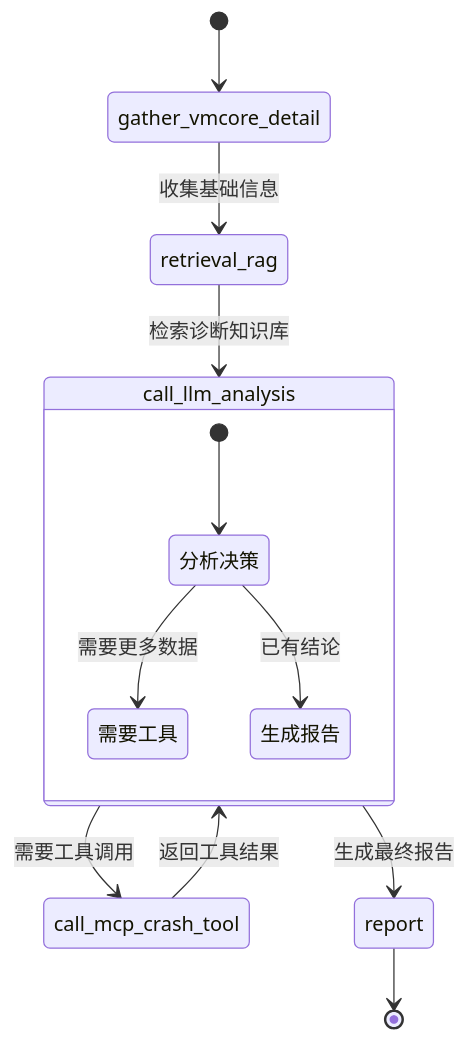
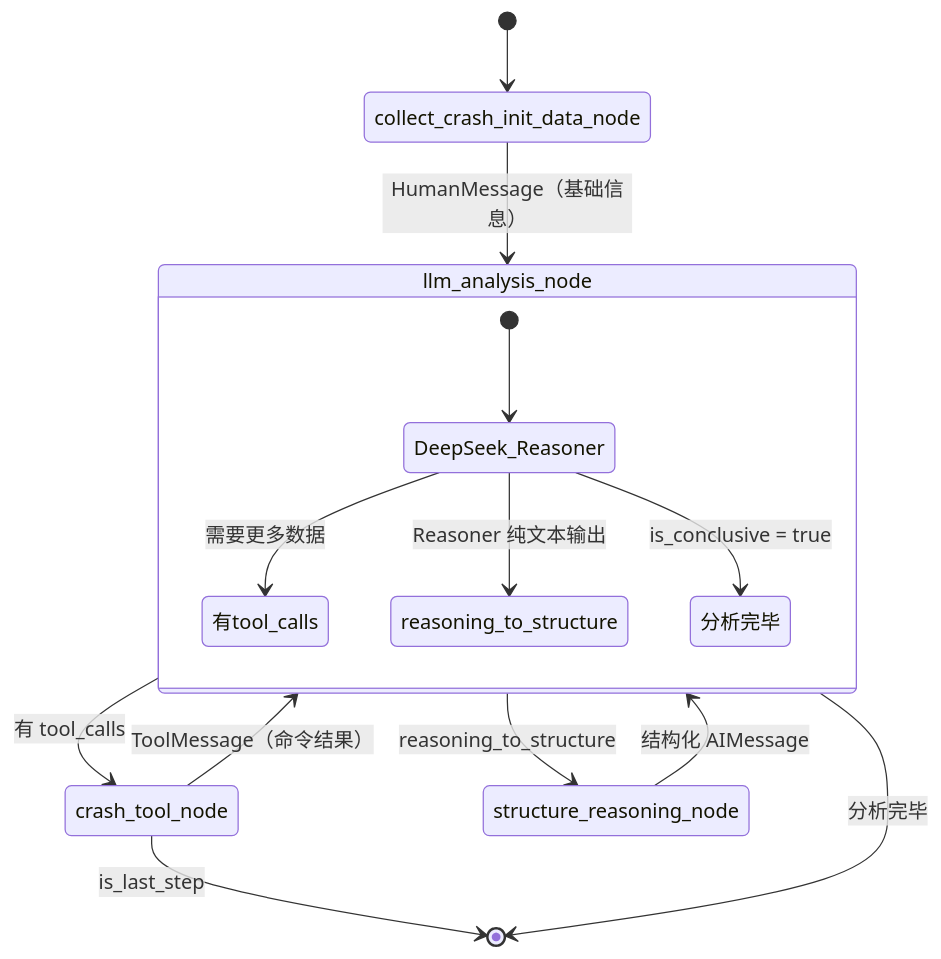
The second of 2 diagrams in README.md (wubo0067/vmcore-analysis-agent), drawn with Mermaid before and after one commit. The commit also changed other lines of this file and 61 other files, not shown here.

````diff
--- a/README.md
+++ b/README.md
@@ -260,18 +75,21 @@
 ```mermaid
 stateDiagram-v2
-    [*] --> gather_vmcore_detail
-    gather_vmcore_detail --> retrieval_rag: 收集基础信息
-    retrieval_rag --> call_llm_analysis: 检索诊断知识库
+    [*] --> collect_crash_init_data_node
+    collect_crash_init_data_node --> llm_analysis_node : HumanMessage（基础信息）
 
-    state call_llm_analysis {
-        [*] --> 分析决策
-        分析决策 --> 需要工具: 需要更多数据
-        分析决策 --> 生成报告: 已有结论
+    state llm_analysis_node {
+        [*] --> DeepSeek_Reasoner
+        DeepSeek_Reasoner --> 有tool_calls : 需要更多数据
+        DeepSeek_Reasoner --> reasoning_to_structure : Reasoner 纯文本输出
+        DeepSeek_Reasoner --> 分析完毕 : is_conclusive = true
     }
 
-    call_llm_analysis --> call_mcp_crash_tool: 需要工具调用
-    call_mcp_crash_tool --> call_llm_analysis: 返回工具结果
+    llm_analysis_node --> crash_tool_node : 有 tool_calls
+    llm_analysis_node --> structure_reasoning_node : reasoning_to_structure
+    llm_analysis_node --> [*] : 分析完毕
 
-    call_llm_analysis --> report: 生成最终报告
-    report --> [*]
+    crash_tool_node --> llm_analysis_node : ToolMessage（命令结果）
+    crash_tool_node --> [*] : is_last_step
+
+    structure_reasoning_node --> llm_analysis_node : 结构化 AIMessage
 ```
````
